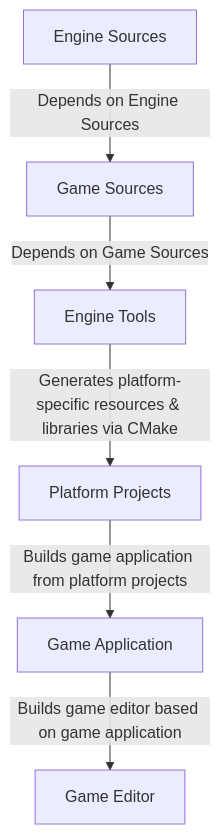
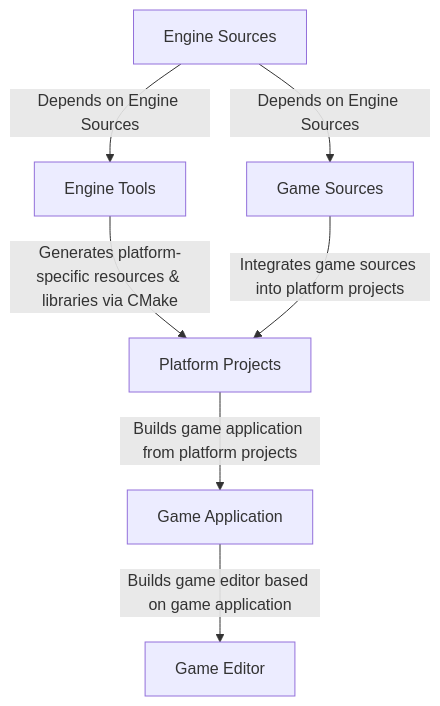
The diagram in README.md (Clevergua/Tickernel), drawn with Mermaid before and after one commit.

````diff
--- a/README.md
+++ b/README.md
@@ -4,8 +4,8 @@
 ``` mermaid
 flowchart TD
-    A["Engine Sources"] -->|"Depends on Engine Sources"| B["Game Sources"]
-    B -->|"Depends on Game Sources"| C["Engine Tools"]
-    C -->|"Generates platform-specific resources & libraries via CMake"| D["Platform Projects"]
-    D -->|"Builds game application from platform projects"| E["Game Application"]
-    E -->|"Builds game editor based on game application"| F["Game Editor"]
+    A["Engine Sources"] -- "Depends on Engine Sources" --> B["Game Sources"] & C["Engine Tools"]
+    C -- "Generates platform-specific resources & libraries via CMake" --> D["Platform Projects"]
+    D -- "Builds game application from platform projects" --> E["Game Application"]
+    E -- "Builds game editor based on game application" --> F["Game Editor"]
+    B -- "Integrates game sources into platform projects" --> D
 ```
````
